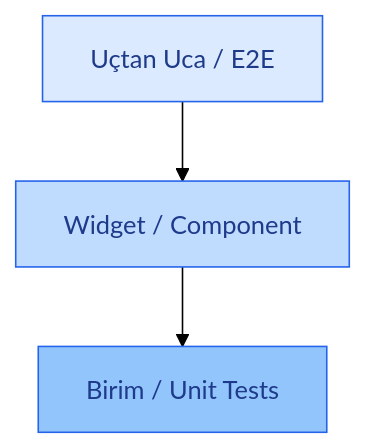
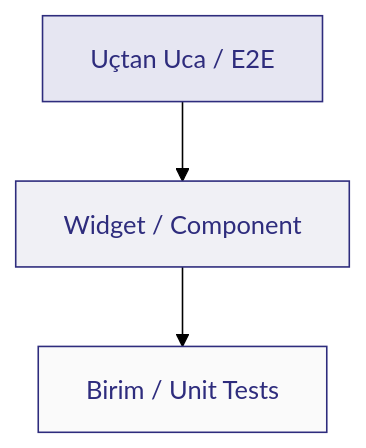
The first of 3 diagrams in slides.md (MustafaU55/mobil-test), drawn with Mermaid (forest theme) before and after one commit. The commit also changed other lines of this file and 6 other files, not shown here.

````diff
--- a/slides.md
+++ b/slides.md
@@ -149,8 +186,8 @@
 ```mermaid
 graph TD
   A[Uçtan Uca / E2E] --> B[Widget / Component]
   B --> C[Birim / Unit Tests]
-  style A fill:#DBEAFE,stroke:#2563EB,color:#1E3A8A
-  style B fill:#BFDBFE,stroke:#2563EB,color:#1E3A8A
-  style C fill:#93C5FD,stroke:#2563EB,color:#1E3A8A
+  style A fill:#e6e6f2,stroke:#2e2c7d,color:#2e2c7d
+  style B fill:#f0f0f5,stroke:#2e2c7d,color:#2e2c7d
+  style C fill:#fafafa,stroke:#2e2c7d,color:#2e2c7d
 ```
````
